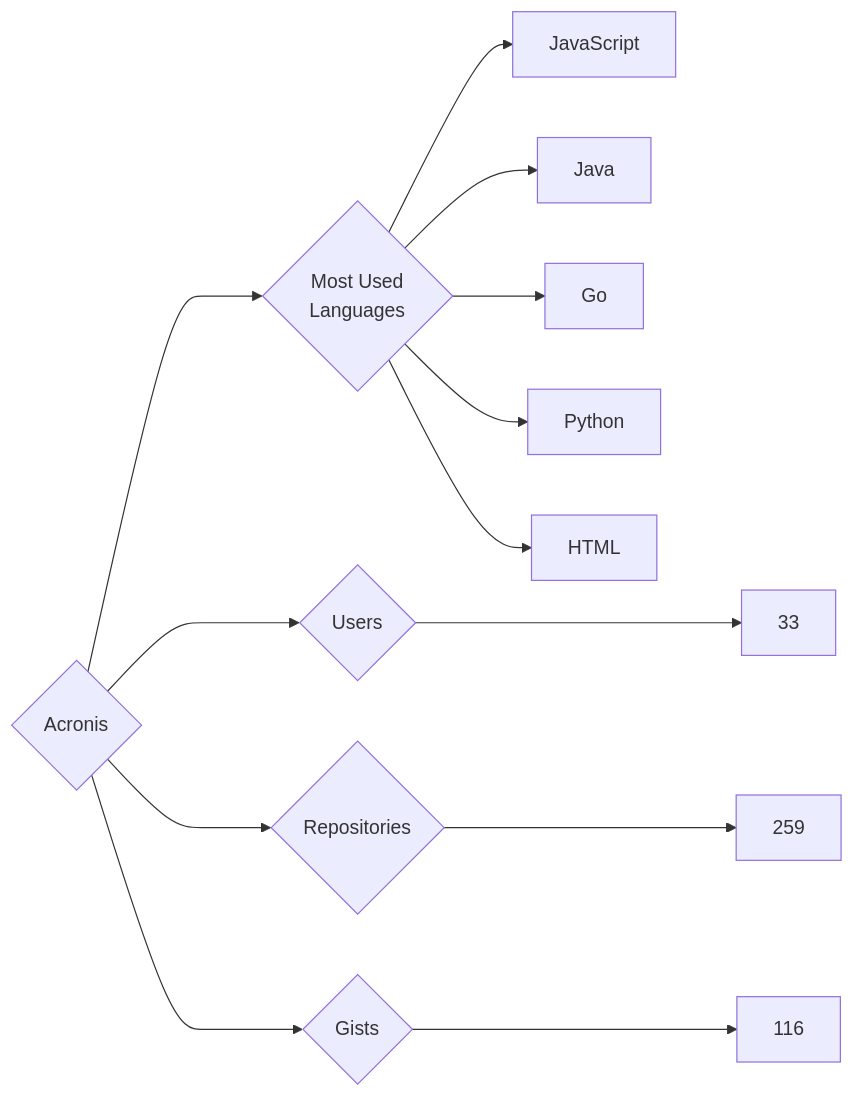
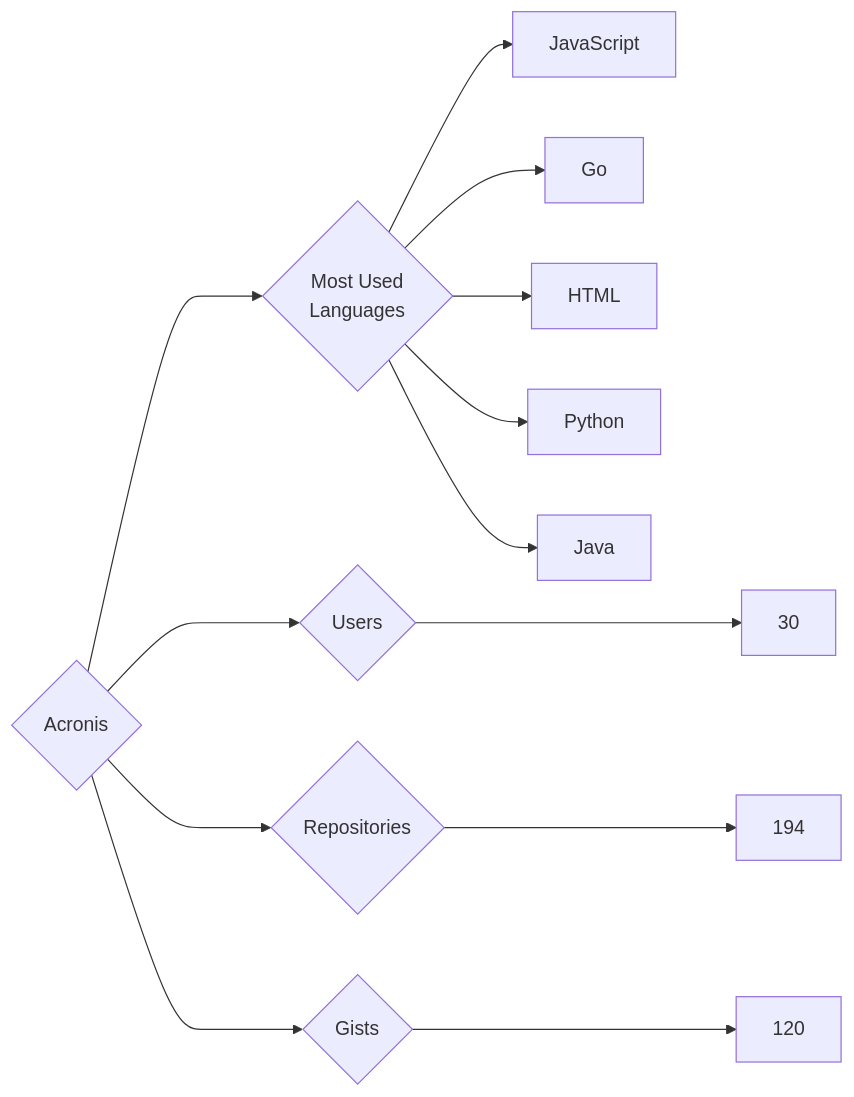
Before and after one commit to trickest/insiders: the diagram in targets/Acronis/README.md, drawn with Mermaid. The commit also changed 721 other files, not shown here.

````diff
--- a/targets/Acronis/README.md
+++ b/targets/Acronis/README.md
@@ -3,13 +3,13 @@
 ```mermaid
 graph LR
 COMPANY_NAME{Acronis}
-COMPANY_NAME ---> U{Users} ---> UN[33]
-COMPANY_NAME ---> R{Repositories} ---> RN[259]
-COMPANY_NAME ---> G{Gists} ---> GN[116]
+COMPANY_NAME ---> U{Users} ---> UN[30]
+COMPANY_NAME ---> R{Repositories} ---> RN[194]
+COMPANY_NAME ---> G{Gists} ---> GN[120]
 COMPANY_NAME ---> ML{Most Used<br>Languages}
 ML --> JavaScript[JavaScript]
+ML --> Go[Go]
+ML --> HTML[HTML]
+ML --> Python[Python]
 ML --> Java[Java]
-ML --> Go[Go]
-ML --> Python[Python]
-ML --> HTML[HTML]
 ```
````
